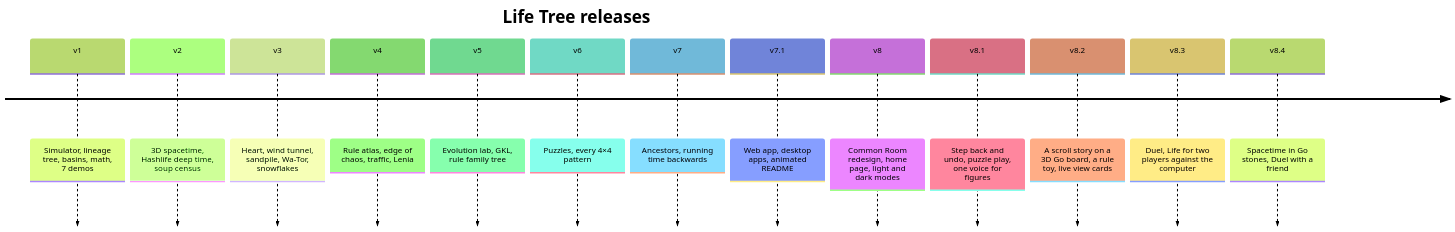
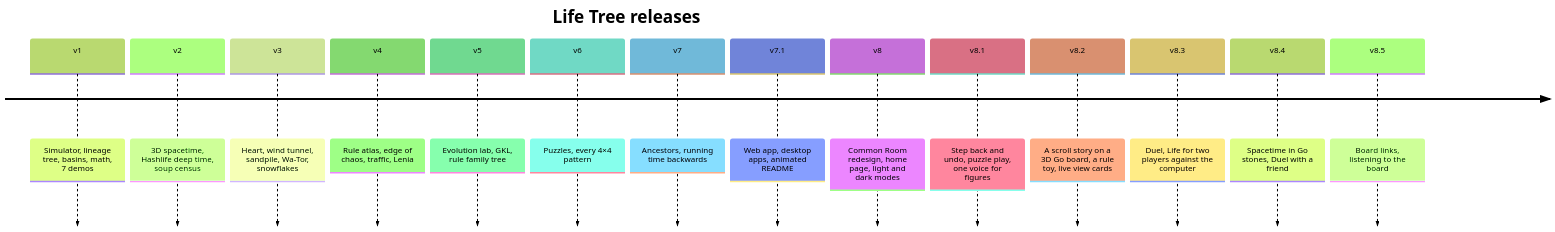
Before and after one commit to Normansrule/game-of-life: the second of 4 diagrams in README.md, drawn with Mermaid (forest theme). The commit also changed other lines of this file and 11 other files, not shown here.

First line of the commit message:
8.5.0: board links and listening to the board

````diff
--- a/README.md
+++ b/README.md
@@ -78,17 +78,18 @@
 ```mermaid
 timeline
   title Life Tree releases
   v1 : Simulator, lineage tree, basins, math, 7 demos
   v2 : 3D spacetime, Hashlife deep time, soup census
   v3 : Heart, wind tunnel, sandpile, Wa-Tor, snowflakes
   v4 : Rule atlas, edge of chaos, traffic, Lenia
   v5 : Evolution lab, GKL, rule family tree
   v6 : Puzzles, every 4×4 pattern
   v7 : Ancestors, running time backwards
   v7.1 : Web app, desktop apps, animated README
   v8 : Common Room redesign, home page, light and dark modes
   v8.1 : Step back and undo, puzzle play, one voice for figures
   v8.2 : A scroll story on a 3D Go board, a rule toy, live view cards
   v8.3 : Duel, Life for two players against the computer
   v8.4 : Spacetime in Go stones, Duel with a friend
+  v8.5 : Board links, listening to the board
 ```
````
